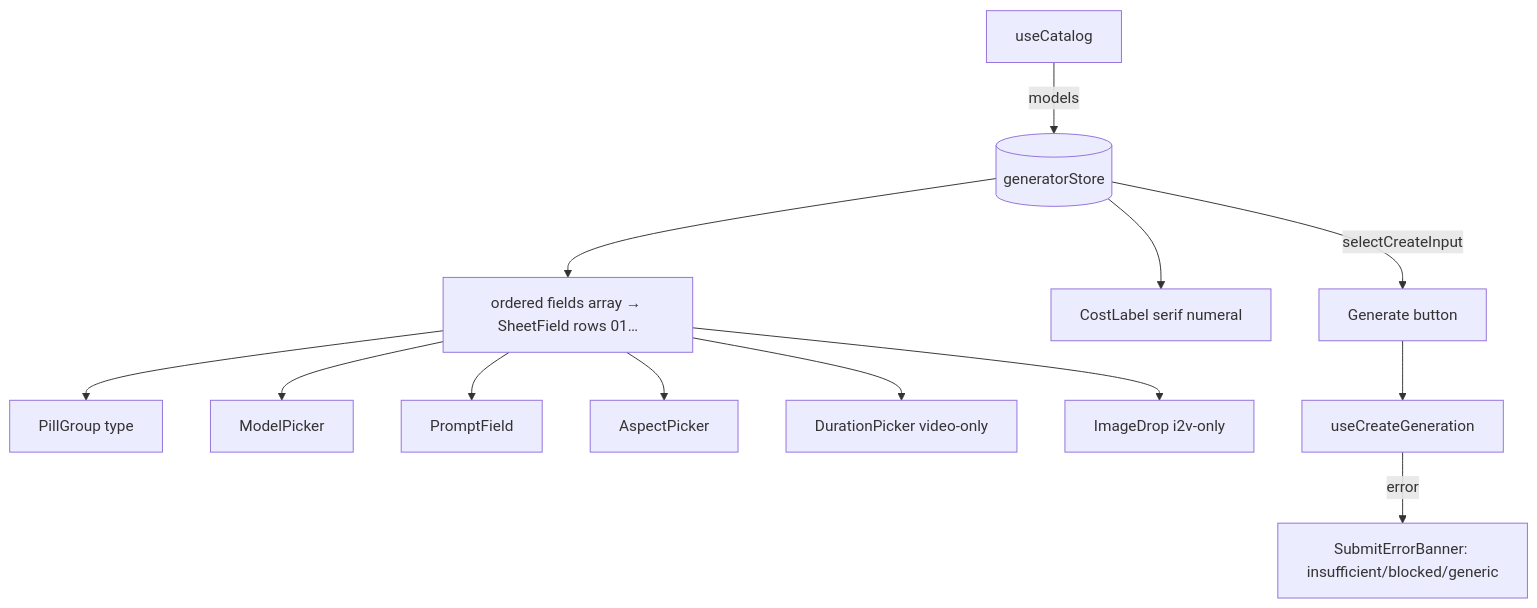
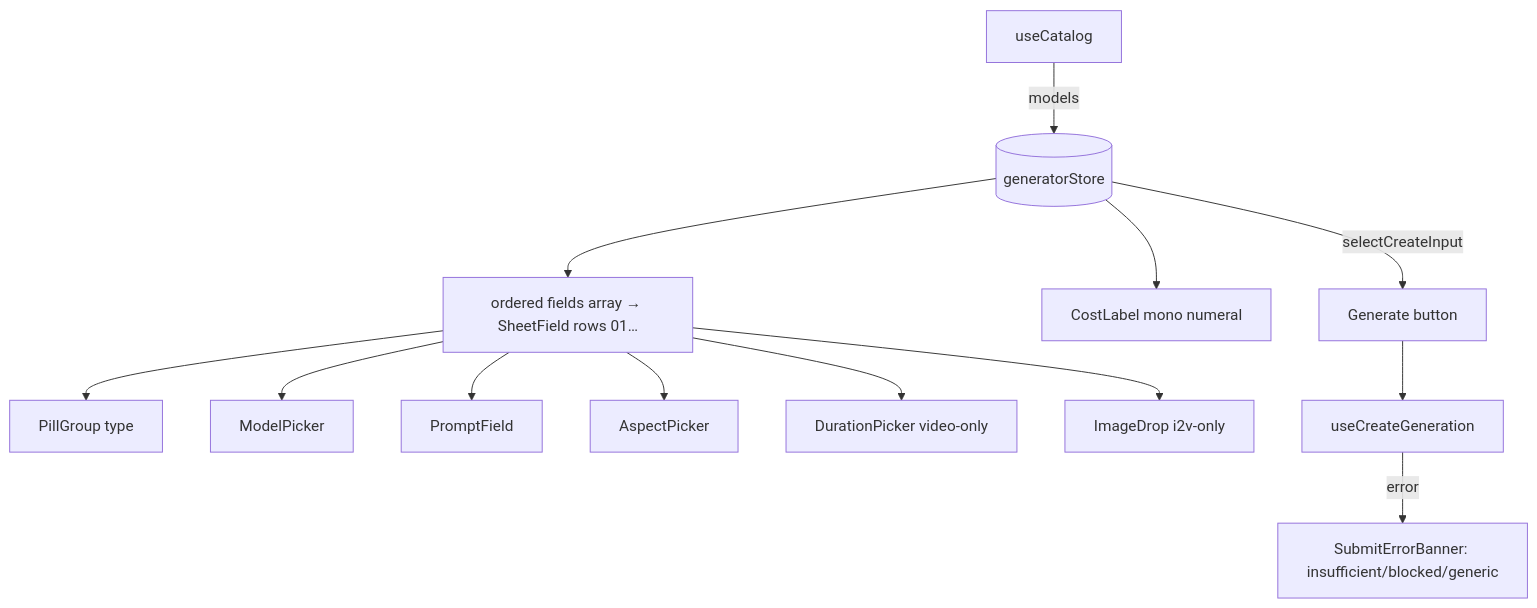
One commit to AzamatRaimbekov2/openCreate changed the diagram in apps/web/src/modules/Generator/components/GeneratorPanel.tsx.md. Above: the diagram before and after it, drawn with Mermaid. The commit also changed other lines of this file and 99 other files, not shown here.

````diff
--- a/apps/web/src/modules/Generator/components/GeneratorPanel.tsx.md
+++ b/apps/web/src/modules/Generator/components/GeneratorPanel.tsx.md
@@ -39,10 +39,10 @@
 ```mermaid
 flowchart TD
   UC[useCatalog] -->|models| ST[(generatorStore)]
   ST --> FLD[ordered fields array → SheetField rows 01…]
   FLD --> TT[PillGroup type] & MP[ModelPicker] & PR[PromptField] & AP[AspectPicker] & DP[DurationPicker video-only] & ID[ImageDrop i2v-only]
-  ST --> CL[CostLabel serif numeral]
+  ST --> CL[CostLabel mono numeral]
   ST -->|selectCreateInput| SUB[Generate button]
   SUB --> M[useCreateGeneration]
   M -->|error| SEB[SubmitErrorBanner: insufficient/blocked/generic]
 ```
````
